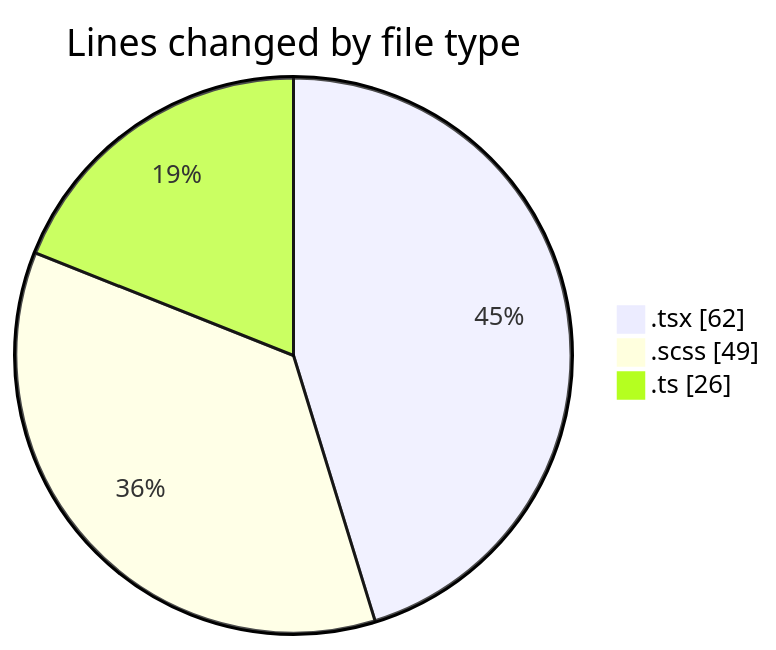
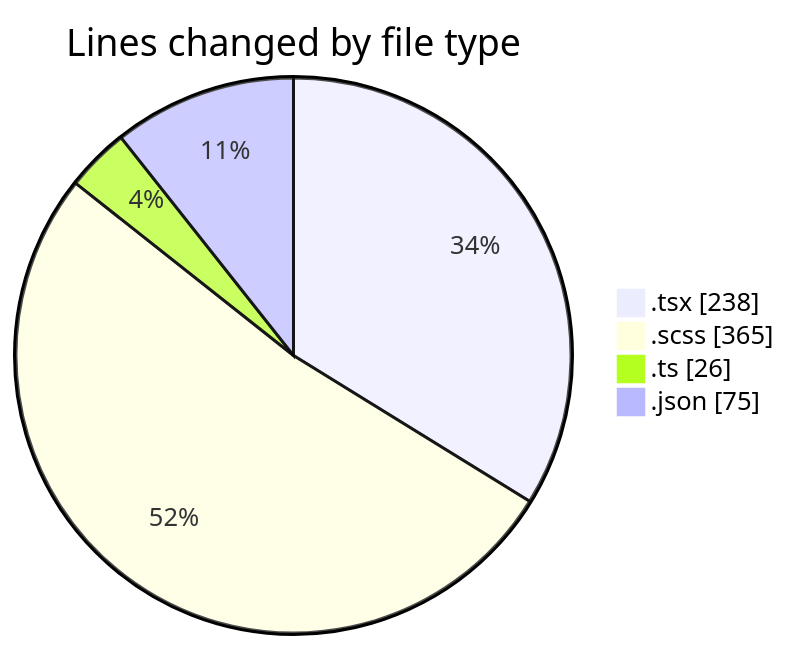
The first of 2 diagrams in 2025-04-09/cda/README.md (momahboobian/code-tracking), drawn with Mermaid before and after one commit. The commit also changed other lines of this file and 1 other file, not shown here.

````diff
--- a/2025-04-09/cda/README.md
+++ b/2025-04-09/cda/README.md
@@ -23,7 +24,8 @@
 ```mermaid
 pie showData
 title Lines changed by file type
-".tsx" : 62
-".scss" : 49
+".tsx" : 238
+".scss" : 365
 ".ts" : 26
+".json" : 75
 ```
````
